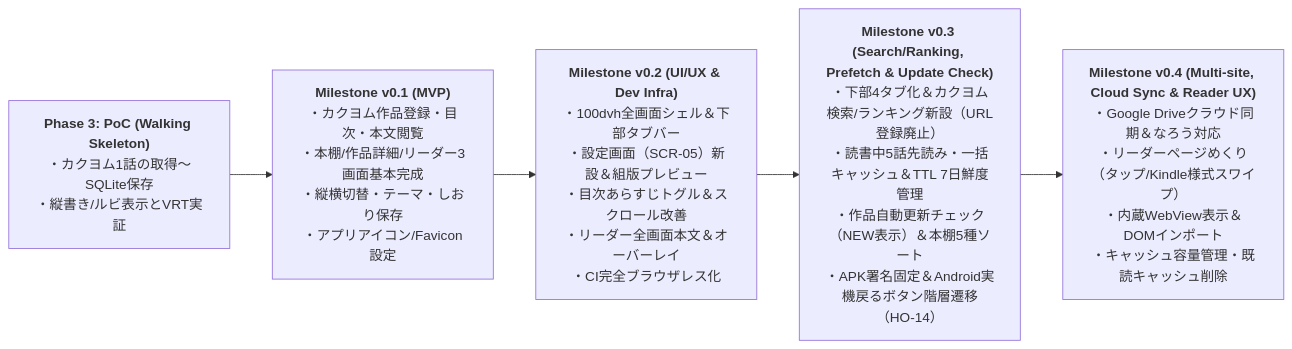
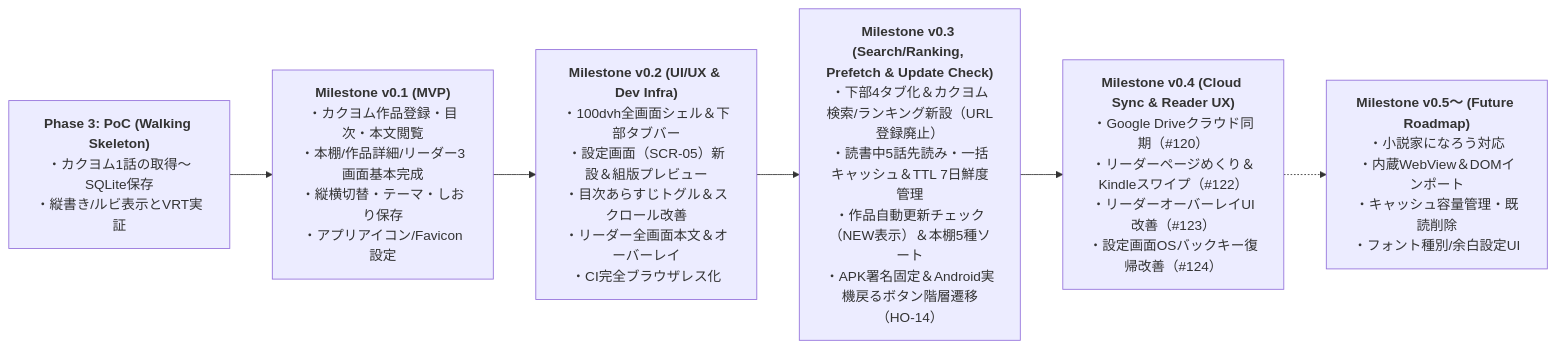
Before and after one commit to high-soar/Yommy: the diagram in docs/specs/requirements.md, drawn with Mermaid. The commit also changed other lines of this file and 9 other files, not shown here.

````diff
--- a/docs/specs/requirements.md
+++ b/docs/specs/requirements.md
@@ -151,10 +151,11 @@
 ```mermaid
 flowchart LR
     PoC["<b>Phase 3: PoC (Walking Skeleton)</b><br>・カクヨム1話の取得〜SQLite保存<br>・縦書き/ルビ表示とVRT実証"]
     M1["<b>Milestone v0.1 (MVP)</b><br>・カクヨム作品登録・目次・本文閲覧<br>・本棚/作品詳細/リーダー3画面基本完成<br>・縦横切替・テーマ・しおり保存<br>・アプリアイコン/Favicon設定"]
     M2["<b>Milestone v0.2 (UI/UX & Dev Infra)</b><br>・100dvh全画面シェル＆下部タブバー<br>・設定画面（SCR-05）新設＆組版プレビュー<br>・目次あらすじトグル＆スクロール改善<br>・リーダー全画面本文＆オーバーレイ<br>・CI完全ブラウザレス化"]
     M3["<b>Milestone v0.3 (Search/Ranking, Prefetch & Update Check)</b><br>・下部4タブ化＆カクヨム検索/ランキング新設（URL登録廃止）<br>・読書中5話先読み・一括キャッシュ＆TTL 7日鮮度管理<br>・作品自動更新チェック（NEW表示）＆本棚5種ソート<br>・APK署名固定＆Android実機戻るボタン階層遷移（HO-14）"]
-    M4["<b>Milestone v0.4 (Multi-site, Cloud Sync & Reader UX)</b><br>・Google Driveクラウド同期＆なろう対応<br>・リーダーページめくり（タップ/Kindle様式スワイプ）<br>・内蔵WebView表示＆DOMインポート<br>・キャッシュ容量管理・既読キャッシュ削除"]
+    M4["<b>Milestone v0.4 (Cloud Sync & Reader UX)</b><br>・Google Driveクラウド同期（#120）<br>・リーダーページめくり＆Kindleスワイプ（#122）<br>・リーダーオーバーレイUI改善（#123）<br>・設定画面OSバックキー復帰改善（#124）"]
+    M5["<b>Milestone v0.5〜 (Future Roadmap)</b><br>・小説家になろう対応<br>・内蔵WebView＆DOMインポート<br>・キャッシュ容量管理・既読削除<br>・フォント種別/余白設定UI"]
 
-    PoC --> M1 --> M2 --> M3 --> M4
+    PoC --> M1 --> M2 --> M3 --> M4 -.-> M5
 ```
````
